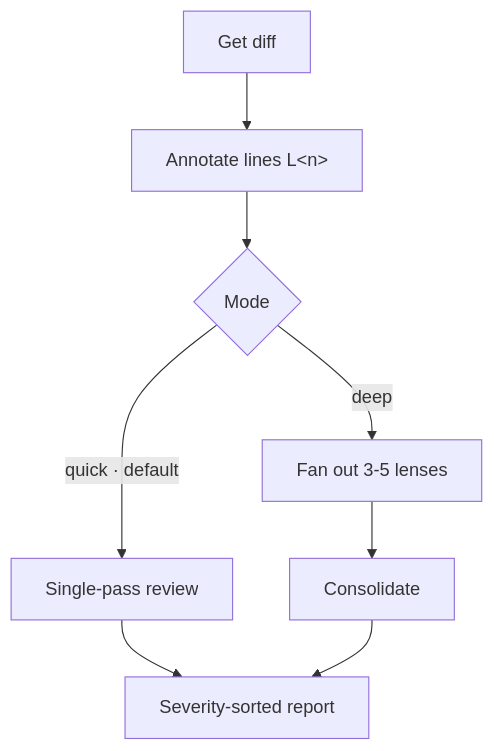
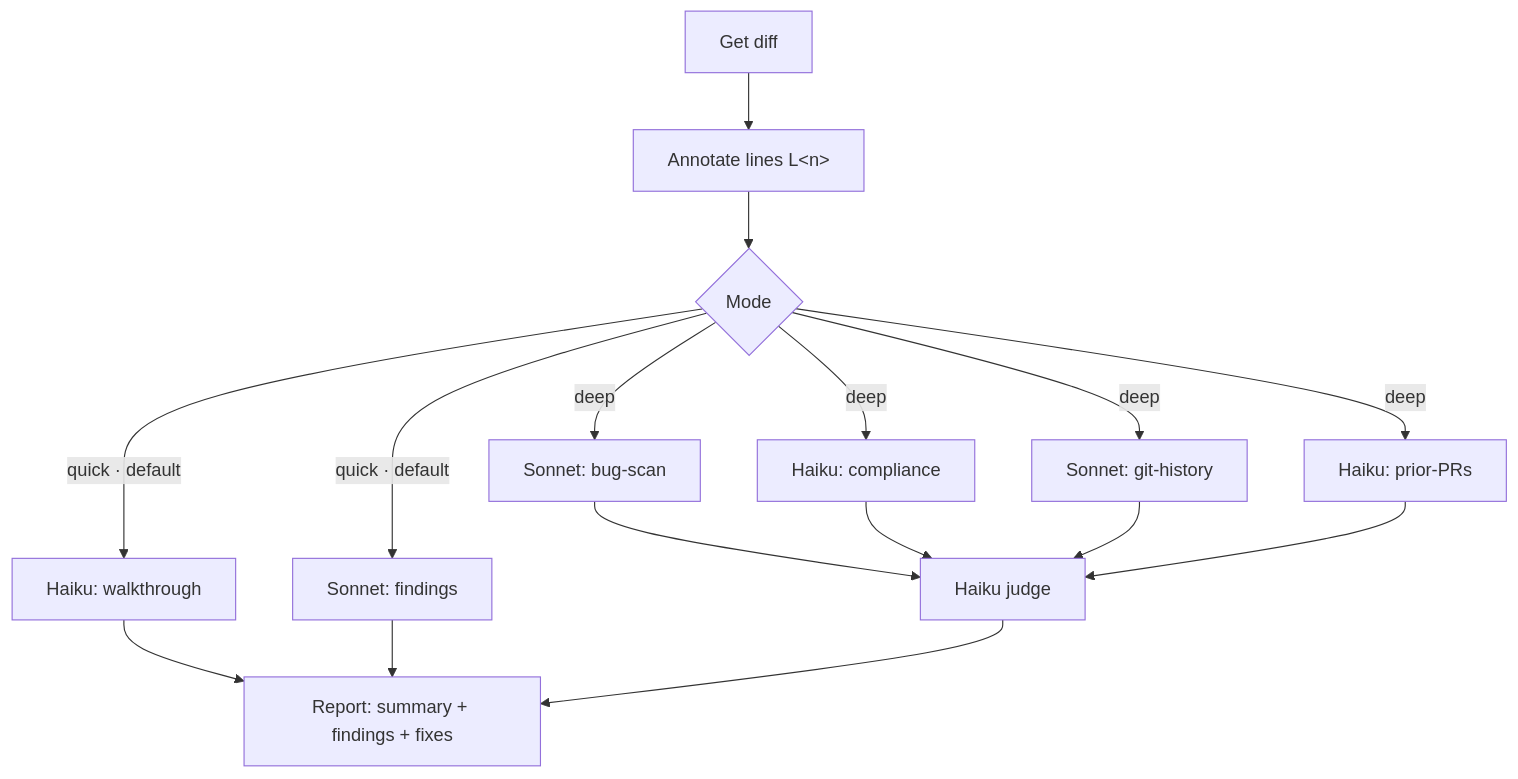
The diagram in skills/engineering/review-lens/README.md (adeonir/agent-skills), drawn with Mermaid before and after one commit. The commit also changed other lines of this file and 5 other files, not shown here.

````diff
--- a/skills/engineering/review-lens/README.md
+++ b/skills/engineering/review-lens/README.md
@@ -10,10 +9,18 @@
 ```mermaid
 flowchart TD
     A[Get diff] --> N[Annotate lines L&lt;n&gt;]
     N --> G{Mode}
-    G -->|quick · default| Q[Single-pass review]
-    G -->|deep| F[Fan out 3-5 lenses]
-    F --> M[Consolidate]
-    Q --> R[Severity-sorted report]
-    M --> R
+    G -->|quick · default| Q1[Haiku: walkthrough]
+    G -->|quick · default| Q2[Sonnet: findings]
+    G -->|deep| D1[Sonnet: bug-scan]
+    G -->|deep| D2[Haiku: compliance]
+    G -->|deep| D3[Sonnet: git-history]
+    G -->|deep| D4[Haiku: prior-PRs]
+    Q1 --> R[Report: summary + findings + fixes]
+    Q2 --> R
+    D1 --> J[Haiku judge]
+    D2 --> J
+    D3 --> J
+    D4 --> J
+    J --> R
 ```
````
